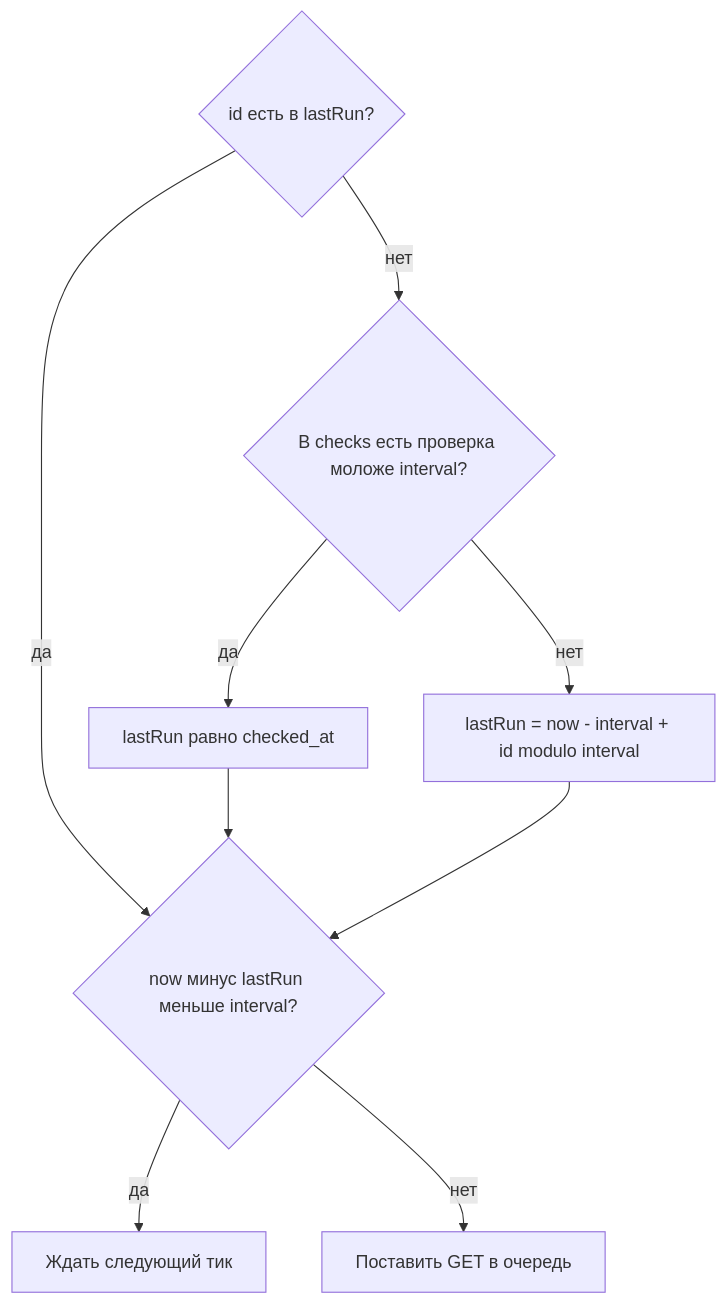
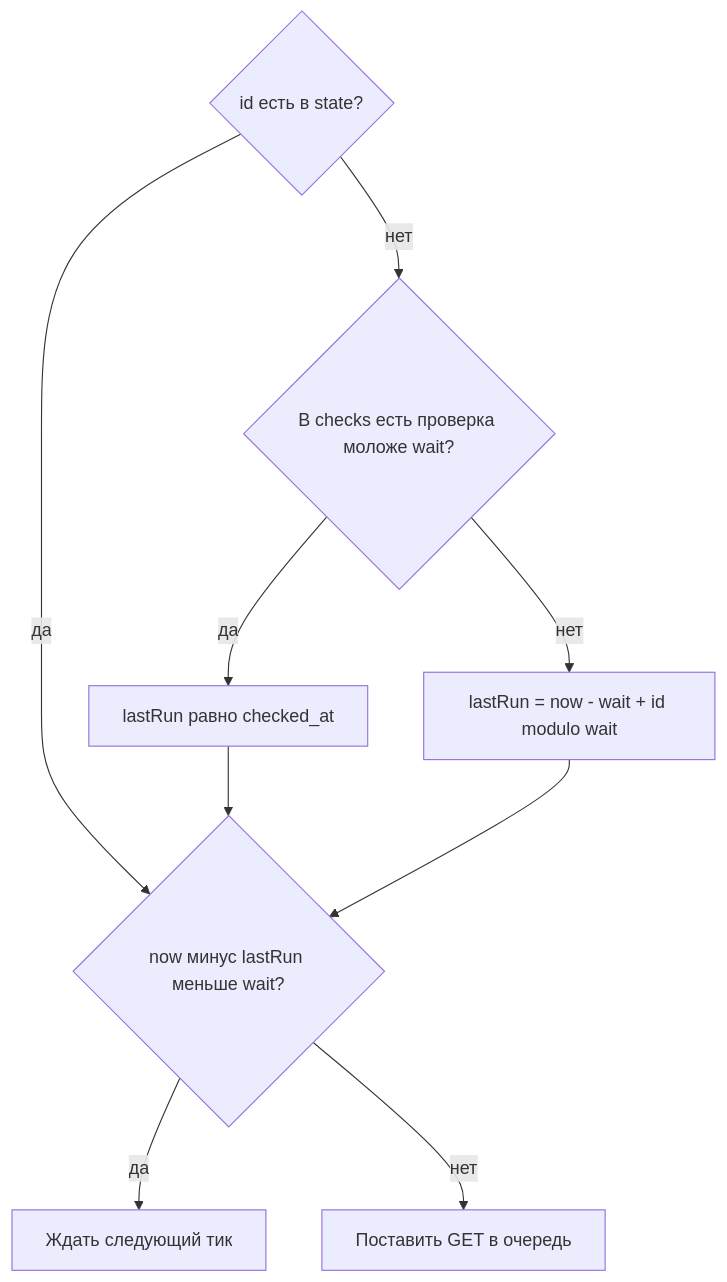
One commit to mc-lion/WebChecker changed the third of 6 diagrams in docs/logic.md. Above: the diagram before and after it, drawn with Mermaid. The commit also changed other lines of this file and 16 other files, not shown here.

````diff
--- a/docs/logic.md
+++ b/docs/logic.md
@@ -69,16 +77,16 @@
 ```mermaid
 flowchart TB
-  Missing{id есть в lastRun?}
-  Fresh{В checks есть проверка моложе interval?}
+  Missing{id есть в state?}
+  Fresh{В checks есть проверка моложе wait?}
   UseDB[lastRun равно checked_at]
-  Hash["lastRun = now - interval + id modulo interval"]
-  WaitOrRun{now минус lastRun меньше interval?}
+  Hash["lastRun = now - wait + id modulo wait"]
+  WaitOrRun{now минус lastRun меньше wait?}
   Skip[Ждать следующий тик]
   Enqueue[Поставить GET в очередь]
   Missing -->|да| WaitOrRun
   Missing -->|нет| Fresh
   Fresh -->|да| UseDB --> WaitOrRun
   Fresh -->|нет| Hash --> WaitOrRun
   WaitOrRun -->|да| Skip
   WaitOrRun -->|нет| Enqueue
 ```
````
